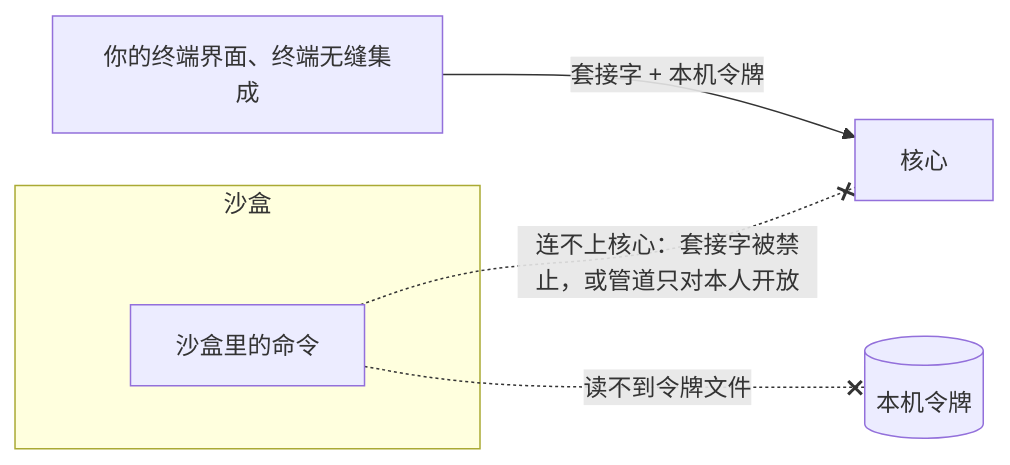
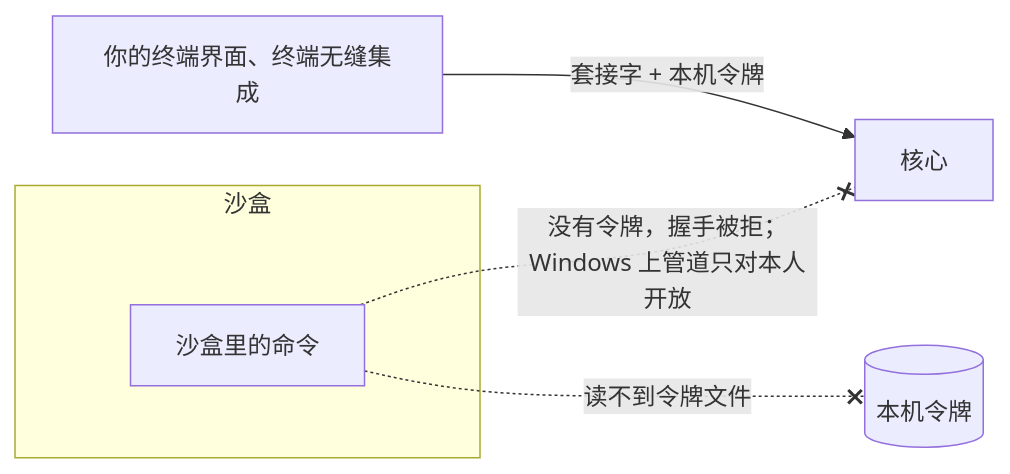
Before and after one commit to SHORiN-KiWATA/miyu-agent-remake: the second of 2 diagrams in docs/designs/11-权限与沙盒.md, drawn with Mermaid. The commit also changed other lines of this file and 11 other files, not shown here.

````diff
--- a/docs/designs/11-权限与沙盒.md
+++ b/docs/designs/11-权限与沙盒.md
@@ -151,9 +140,9 @@
 ```mermaid
 flowchart LR
     head["你的终端界面、终端无缝集成"] -- "套接字 + 本机令牌" --> core["核心"]
     subgraph box["沙盒"]
         cmd["沙盒里的命令"]
     end
     cmd -. "读不到令牌文件" .-x token[("本机令牌")]
-    cmd -. "连不上核心：套接字被禁止，或管道只对本人开放" .-x core
+    cmd -. "没有令牌，握手被拒；Windows 上管道只对本人开放" .-x core
 ```
````
